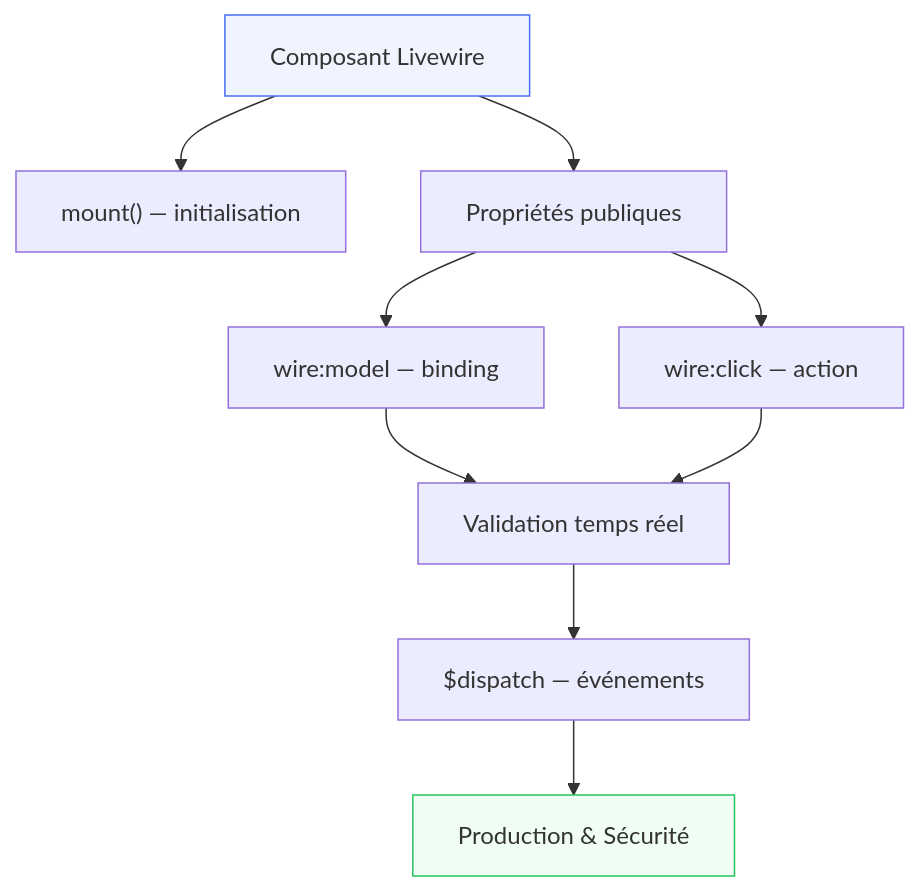
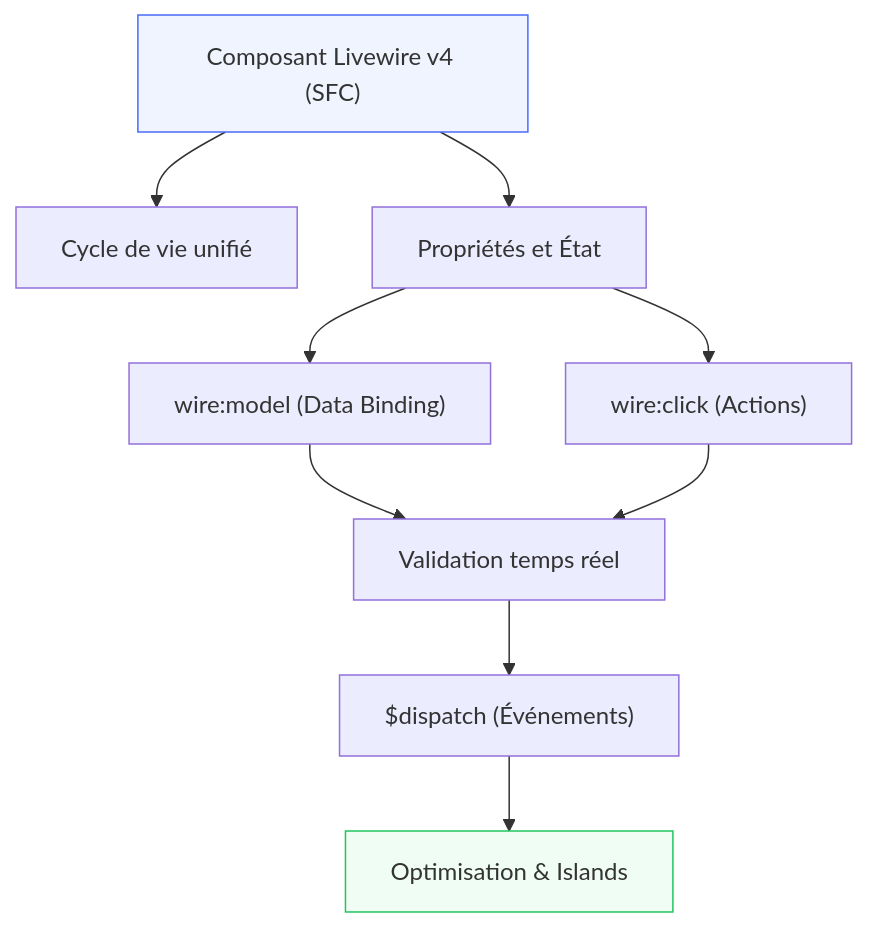
One commit to zyrass/omnydocs changed the diagram in docs/dev-cloud/frameworks/livewire/index.md. Above: the diagram before and after it, drawn with Mermaid. The commit also changed other lines of this file and 1065 other files, not shown here.

````diff
--- a/docs/dev-cloud/frameworks/livewire/index.md
+++ b/docs/dev-cloud/frameworks/livewire/index.md
@@ -104,14 +103,14 @@
 ```mermaid
 flowchart TD
-    A["Composant Livewire"] --> B["mount() — initialisation"]
-    A --> C["Propriétés publiques"]
-    C --> D["wire:model — binding"]
-    C --> E["wire:click — action"]
+    A["Composant Livewire v4 (SFC)"] --> B["Cycle de vie unifié"]
+    A --> C["Propriétés et État"]
+    C --> D["wire:model (Data Binding)"]
+    C --> E["wire:click (Actions)"]
     D --> F["Validation temps réel"]
     E --> F
-    F --> G["$dispatch — événements"]
-    G --> H["Production & Sécurité"]
+    F --> G["$dispatch (Événements)"]
+    G --> H["Optimisation & Islands"]
 
     style A fill:#f0f4ff,stroke:#4a6cf7
     style H fill:#f0fdf4,stroke:#22c55e
 ```
````
